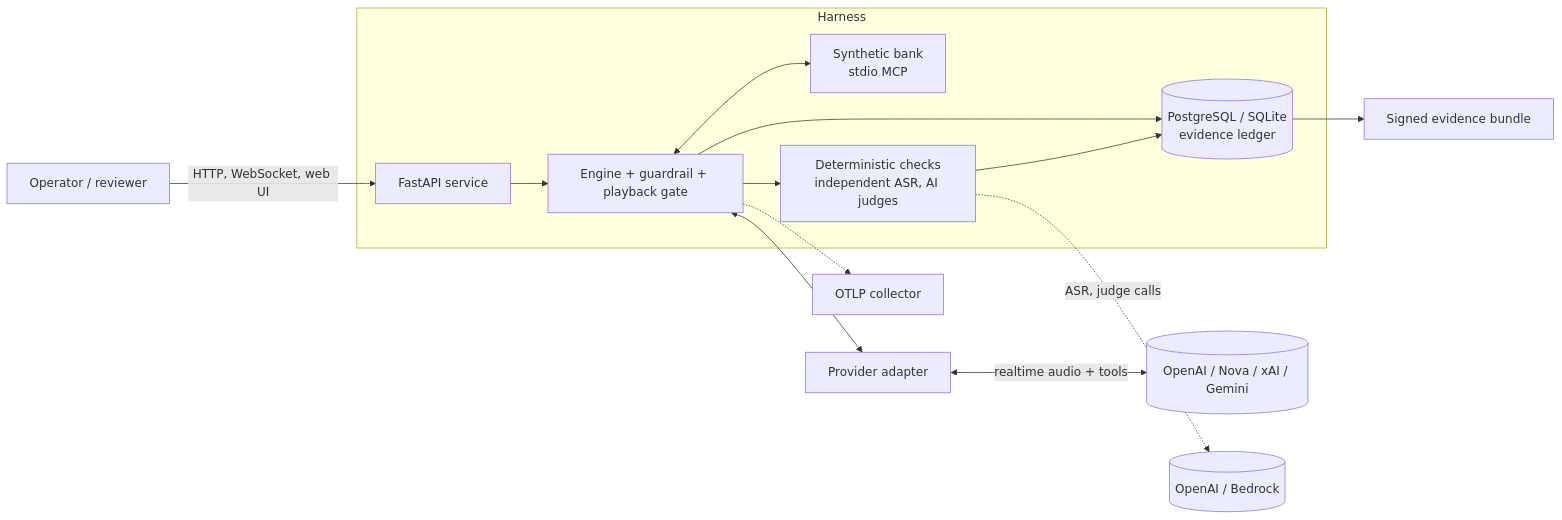
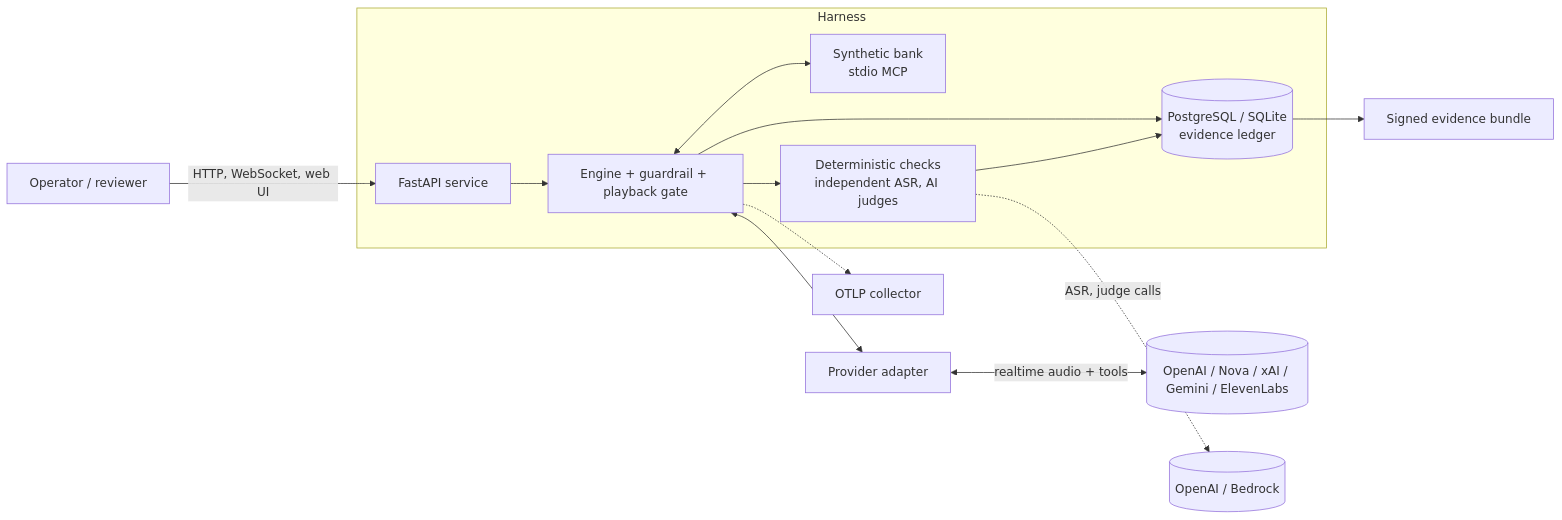
The first of 6 diagrams in docs/ARCHITECTURE.md (Ready2k/Voice_harness), drawn with Mermaid before and after one commit. The commit also changed other lines of this file and 4 other files, not shown here.

First line of the commit message:
Bring architecture, engineering, vision, README and Phase 4 status in line with the code

````diff
--- a/docs/ARCHITECTURE.md
+++ b/docs/ARCHITECTURE.md
@@ -8,20 +8,20 @@
 ```mermaid
 flowchart LR
     Op[Operator / reviewer] -->|HTTP, WebSocket, web UI| API
     subgraph Harness
       API[FastAPI service]
       Core[Engine + guardrail + playback gate]
       Ledger[(PostgreSQL / SQLite<br/>evidence ledger)]
       MCP[Synthetic bank<br/>stdio MCP]
       Judges[Deterministic checks<br/>independent ASR, AI judges]
     end
     API --> Core --> Ledger
     Core <--> MCP
     Core <--> Adapter[Provider adapter]
-    Adapter <-->|realtime audio + tools| Prov[(OpenAI / Nova / xAI / Gemini)]
+    Adapter <-->|realtime audio + tools| Prov[(OpenAI / Nova / xAI / Gemini / ElevenLabs)]
     Judges --> Ledger
     Core --> Judges
     Judges -.->|ASR, judge calls| Ext[(OpenAI / Bedrock)]
     Ledger --> Bundle[Signed evidence bundle]
     Core -.-> OTel[OTLP collector]
 ```
````
